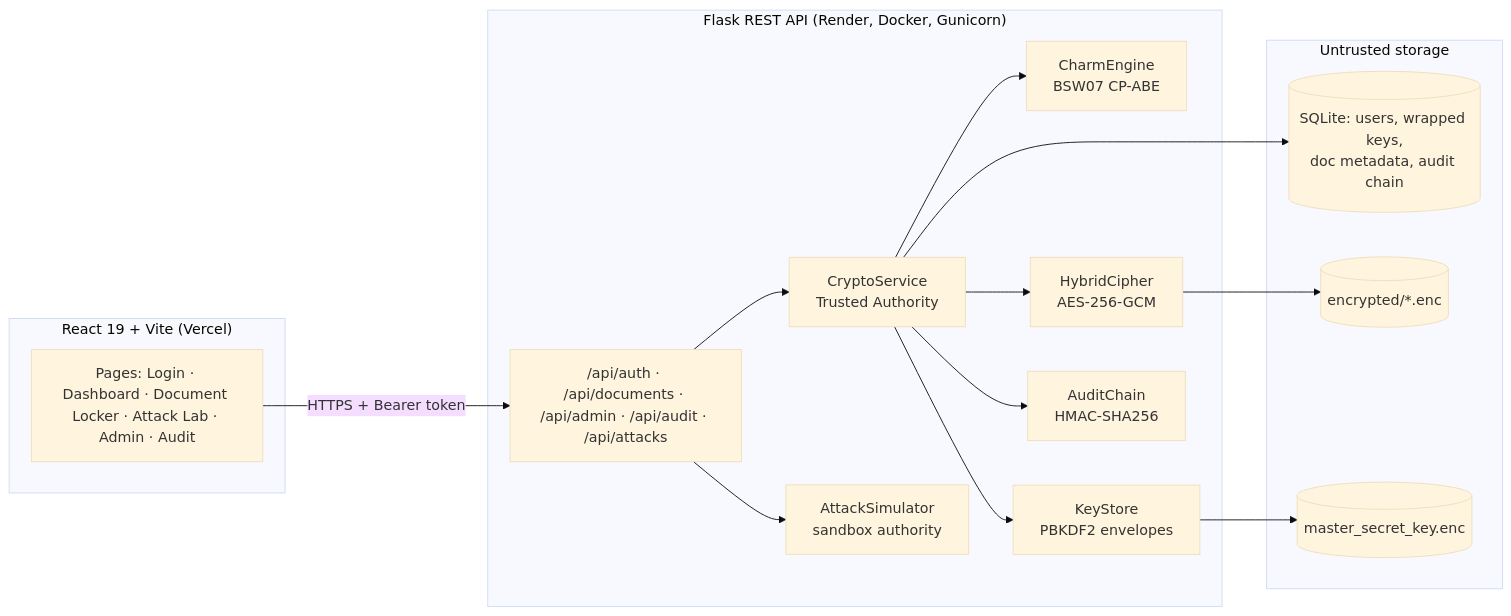
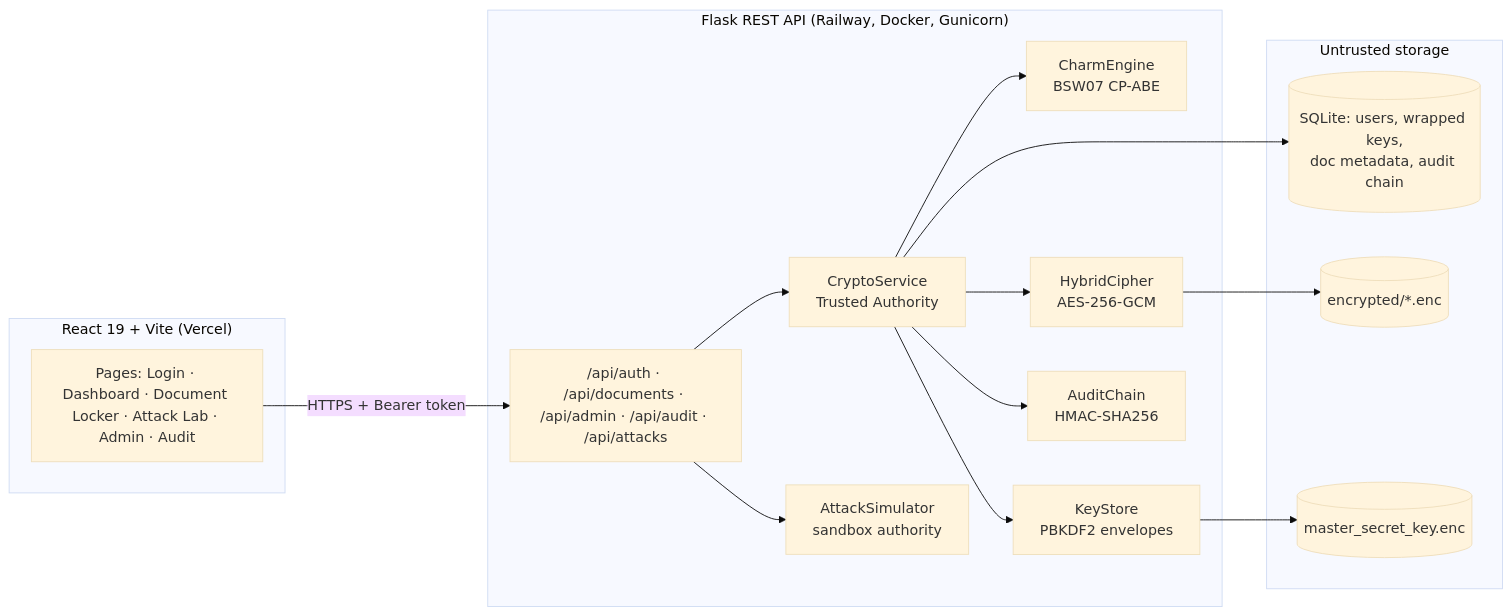
One commit to i242034-star/securevault changed the first of 2 diagrams in README.md. Above: the diagram before and after it, drawn with Mermaid (base theme). The commit also changed other lines of this file and 2 other files, not shown here.

First line of the commit message:
Add live URLs, document Railway + Vercel deployment, inline favicon

````diff
--- a/README.md
+++ b/README.md
@@ -62,26 +63,26 @@
 ```mermaid
 flowchart LR
     subgraph Browser["React 19 + Vite (Vercel)"]
         UI[Pages: Login · Dashboard · Document Locker · Attack Lab · Admin · Audit]
     end
-    subgraph API["Flask REST API (Render, Docker, Gunicorn)"]
+    subgraph API["Flask REST API (Railway, Docker, Gunicorn)"]
         BP["/api/auth · /api/documents · /api/admin · /api/audit · /api/attacks"]
         CS[CryptoService<br/>Trusted Authority]
         CE[CharmEngine<br/>BSW07 CP-ABE]
         HC[HybridCipher<br/>AES-256-GCM]
         KS[KeyStore<br/>PBKDF2 envelopes]
         AC[AuditChain<br/>HMAC-SHA256]
         AS[AttackSimulator<br/>sandbox authority]
     end
     subgraph Storage["Untrusted storage"]
         DB[(SQLite: users, wrapped keys,<br/>doc metadata, audit chain)]
         F[(encrypted/*.enc)]
         MK[(master_secret_key.enc)]
     end
     UI -- HTTPS + Bearer token --> BP --> CS
     CS --> CE & HC & KS & AC
     BP --> AS
     CS --> DB
     HC --> F
     KS --> MK
 ```
````
